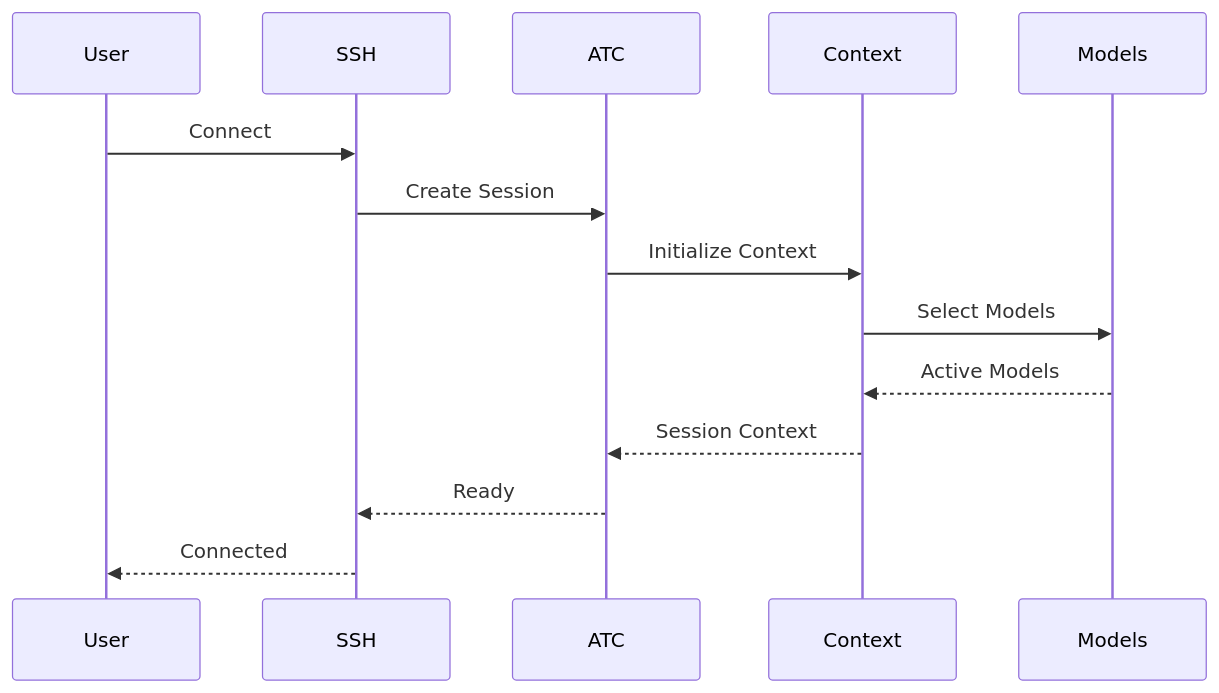
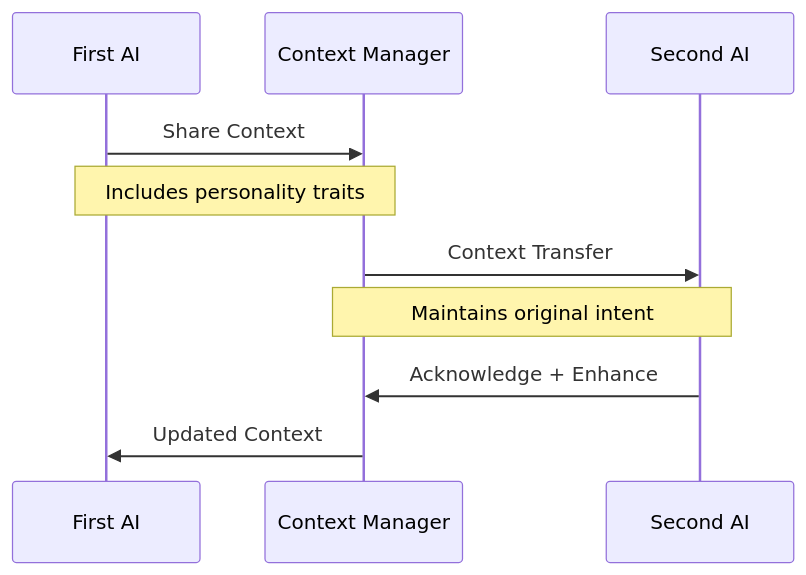
Before and after one commit to 8bit-wraith/mcp: the second of 4 diagrams in README.md, drawn with Mermaid. The commit also changed other lines of this file, not shown here.

````diff
--- a/README.md
+++ b/README.md
@@ -192,17 +185,13 @@
 ```mermaid
 sequenceDiagram
-    participant User
-    participant SSH
-    participant ATC
-    participant Context
-    participant Models
+    participant AI1 as First AI
+    participant CM as Context Manager
+    participant AI2 as Second AI
     
-    User->>SSH: Connect
-    SSH->>ATC: Create Session
-    ATC->>Context: Initialize Context
-    Context->>Models: Select Models
-    Models-->>Context: Active Models
-    Context-->>ATC: Session Context
-    ATC-->>SSH: Ready
-    SSH-->>User: Connected
+    AI1->>CM: Share Context
+    Note over AI1,CM: Includes personality traits
+    CM->>AI2: Context Transfer
+    Note over CM,AI2: Maintains original intent
+    AI2->>CM: Acknowledge + Enhance
+    CM->>AI1: Updated Context
 ```
````
